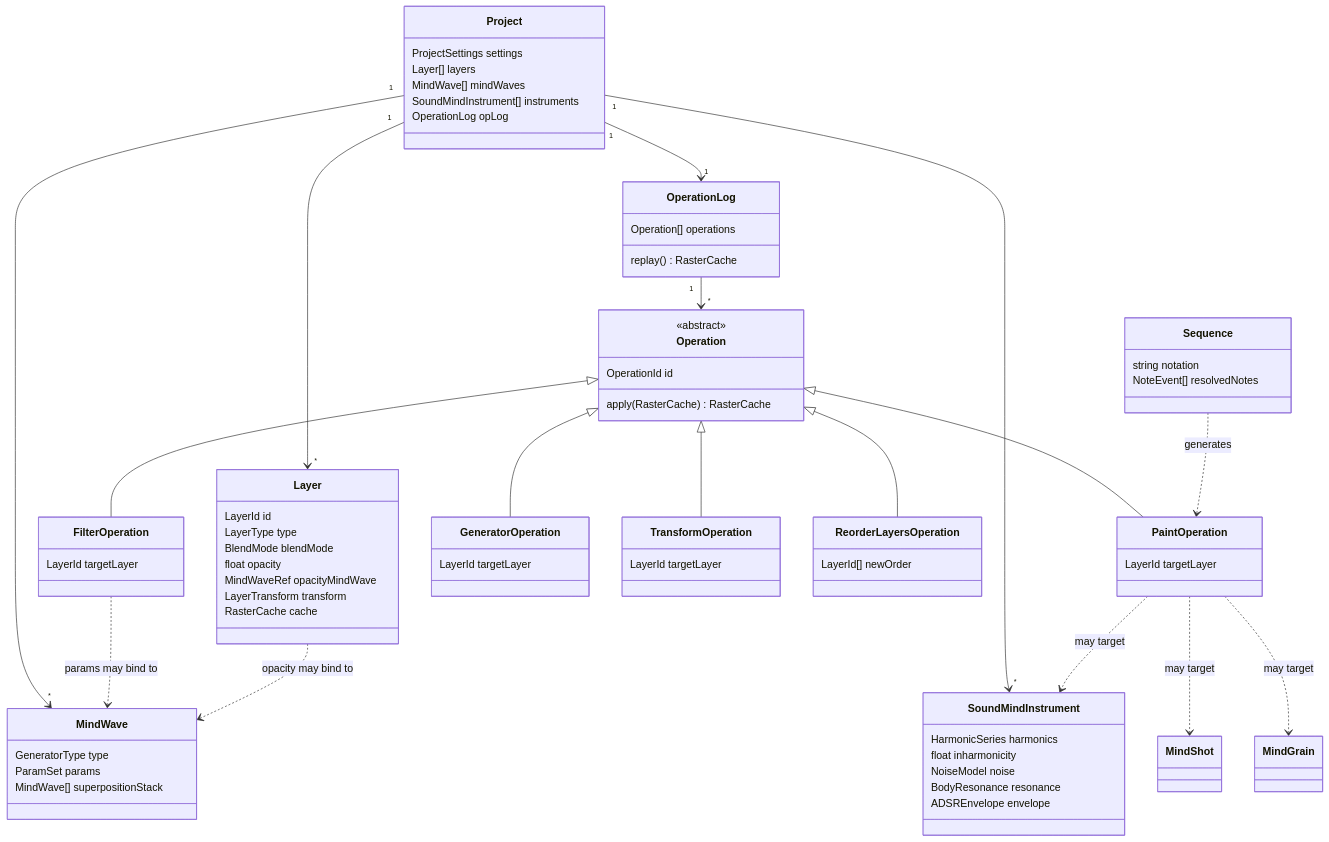
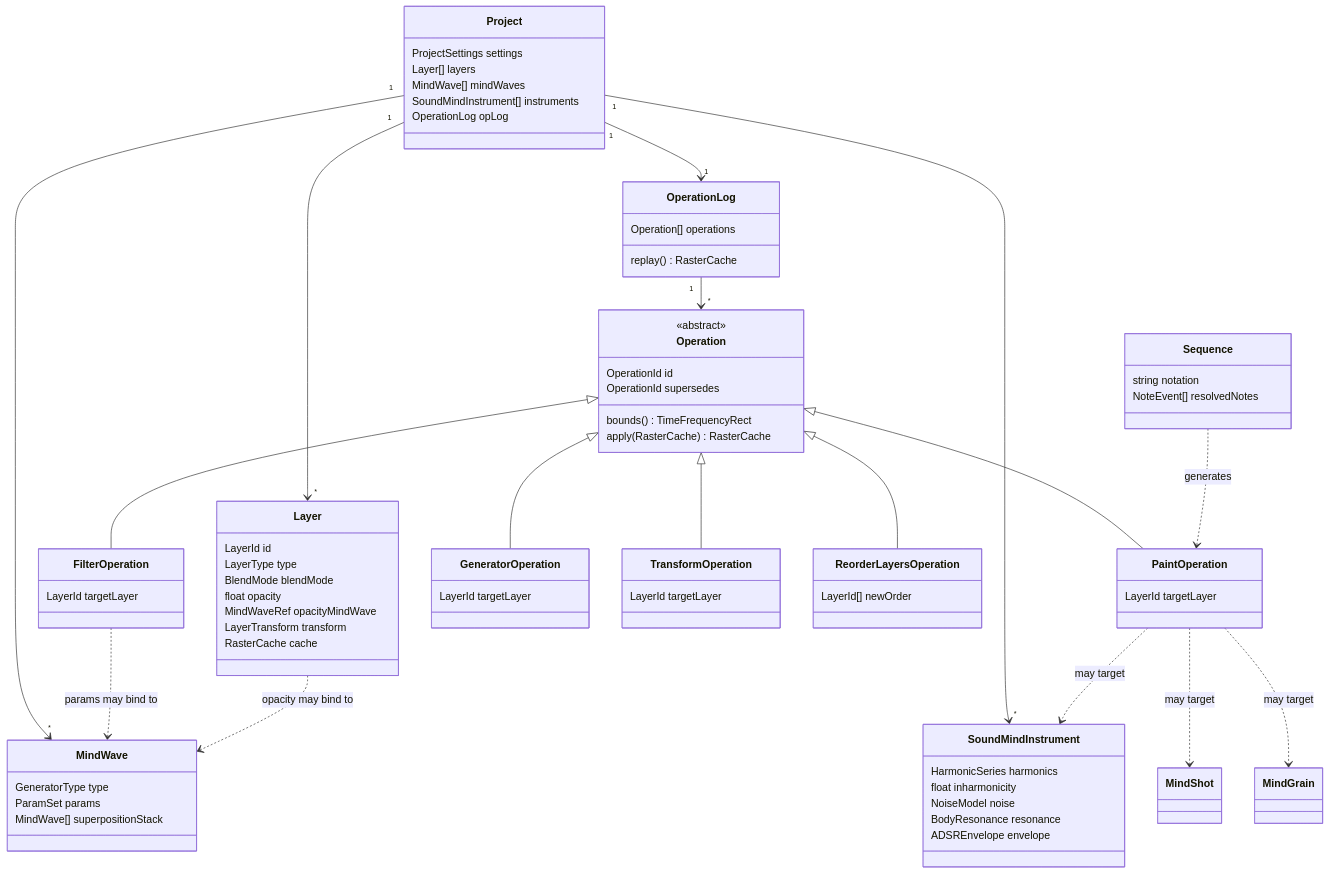
The second of 3 diagrams in docs/sound-mind-architecture.md (TheWalruss/sound-mind-2), drawn with Mermaid before and after one commit. The commit also changed other lines of this file, not shown here.

````diff
--- a/docs/sound-mind-architecture.md
+++ b/docs/sound-mind-architecture.md
@@ -81,79 +81,81 @@
 ```mermaid
 classDiagram
     class Project {
         ProjectSettings settings
         Layer[] layers
         MindWave[] mindWaves
         SoundMindInstrument[] instruments
         OperationLog opLog
     }
     class Layer {
         LayerId id
         LayerType type
         BlendMode blendMode
         float opacity
         MindWaveRef opacityMindWave
         LayerTransform transform
         RasterCache cache
     }
     class OperationLog {
         Operation[] operations
         replay() RasterCache
     }
     class Operation {
         <<abstract>>
         OperationId id
+        OperationId supersedes
+        bounds() TimeFrequencyRect
         apply(RasterCache) RasterCache
     }
     class PaintOperation {
         LayerId targetLayer
     }
     class FilterOperation {
         LayerId targetLayer
     }
     class GeneratorOperation {
         LayerId targetLayer
     }
     class TransformOperation {
         LayerId targetLayer
     }
     class ReorderLayersOperation {
         LayerId[] newOrder
     }
     Operation <|-- PaintOperation
     Operation <|-- FilterOperation
     Operation <|-- GeneratorOperation
     Operation <|-- TransformOperation
     Operation <|-- ReorderLayersOperation
 
     class MindWave {
         GeneratorType type
         ParamSet params
         MindWave[] superpositionStack
     }
     class SoundMindInstrument {
         HarmonicSeries harmonics
         float inharmonicity
         NoiseModel noise
         BodyResonance resonance
         ADSREnvelope envelope
     }
     class MindShot
     class MindGrain
     class Sequence {
         string notation
         NoteEvent[] resolvedNotes
     }
 
     Project "1" --> "*" Layer
     Project "1" --> "1" OperationLog
     Project "1" --> "*" MindWave
     Project "1" --> "*" SoundMindInstrument
     OperationLog "1" --> "*" Operation
     PaintOperation ..> SoundMindInstrument : may target
     PaintOperation ..> MindShot : may target
     PaintOperation ..> MindGrain : may target
     FilterOperation ..> MindWave : params may bind to
     Layer ..> MindWave : opacity may bind to
     Sequence ..> PaintOperation : generates
 ```
````
